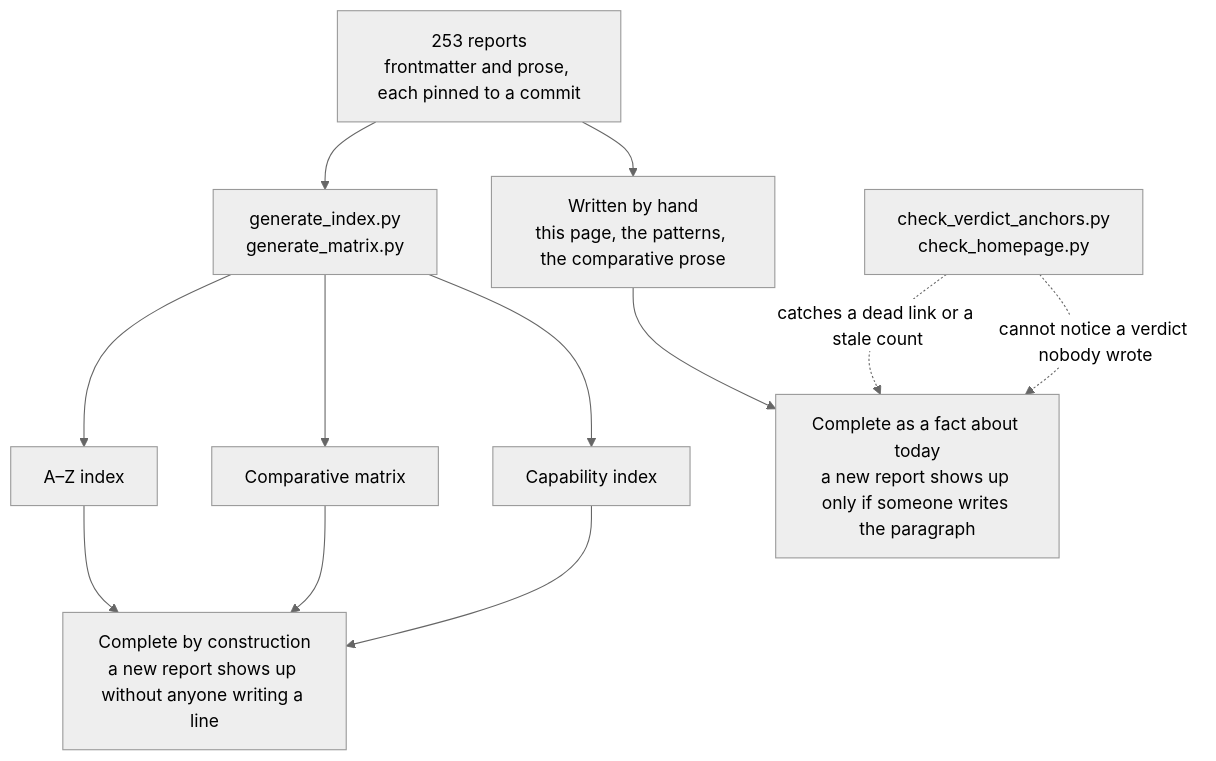
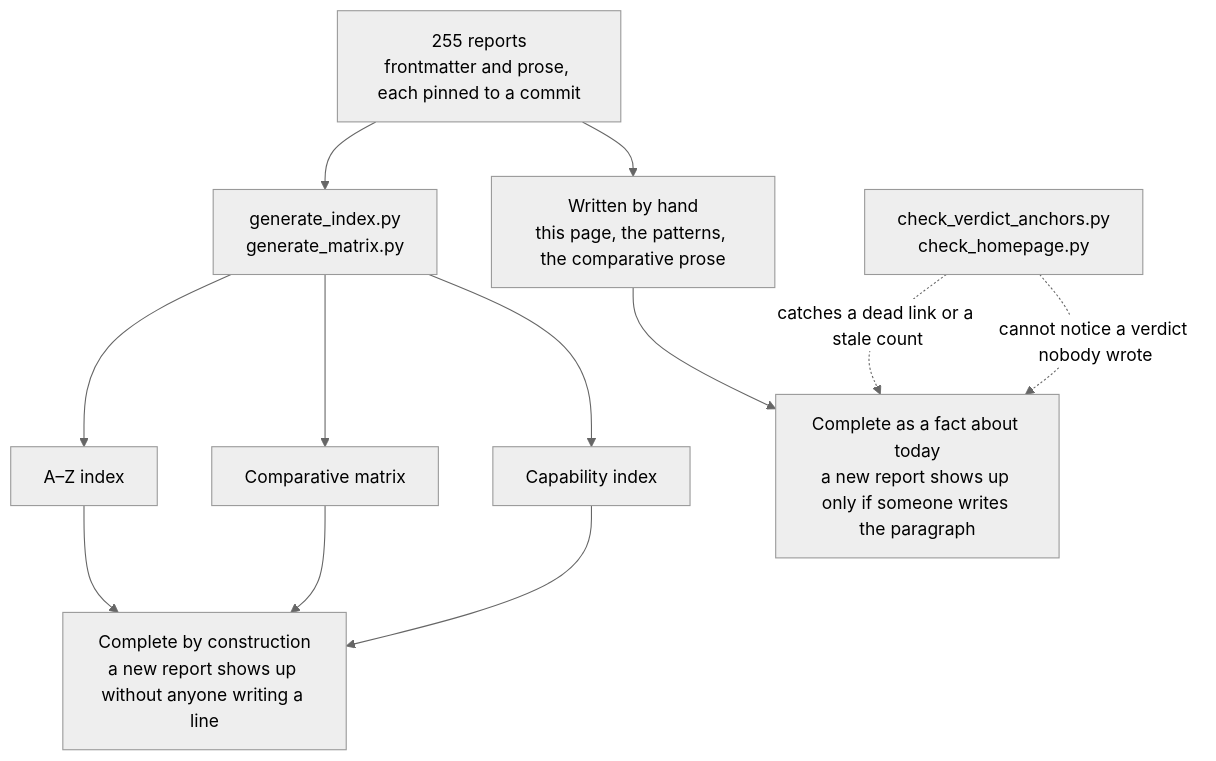
Before and after one commit to neoneye/agent-memory-atlas: the diagram in content/verdicts.md, drawn with Mermaid (neutral theme). The commit also changed other lines of this file and 27 other files, not shown here.

````diff
--- a/content/verdicts.md
+++ b/content/verdicts.md
@@ -40,15 +40,15 @@
 ```mermaid
 flowchart TD
-    R["253 reports<br/>frontmatter and prose, each pinned to a commit"]
+    R["255 reports<br/>frontmatter and prose, each pinned to a commit"]
     R --> GEN["generate_index.py<br/>generate_matrix.py"]
     R --> HAND["Written by hand<br/>this page, the patterns, the comparative prose"]
     GEN --> AZ["A–Z index"]
     GEN --> MX["Comparative matrix"]
     GEN --> CI["Capability index"]
     AZ --> CONST["Complete by construction<br/>a new report shows up without anyone writing a line"]
     MX --> CONST
     CI --> CONST
     HAND --> TODAY["Complete as a fact about today<br/>a new report shows up only if someone writes the paragraph"]
     CHK["check_verdict_anchors.py<br/>check_homepage.py"] -.->|"catches a dead link or a stale count"| TODAY
     CHK -.->|"cannot notice a verdict nobody wrote"| TODAY
 ```
````
